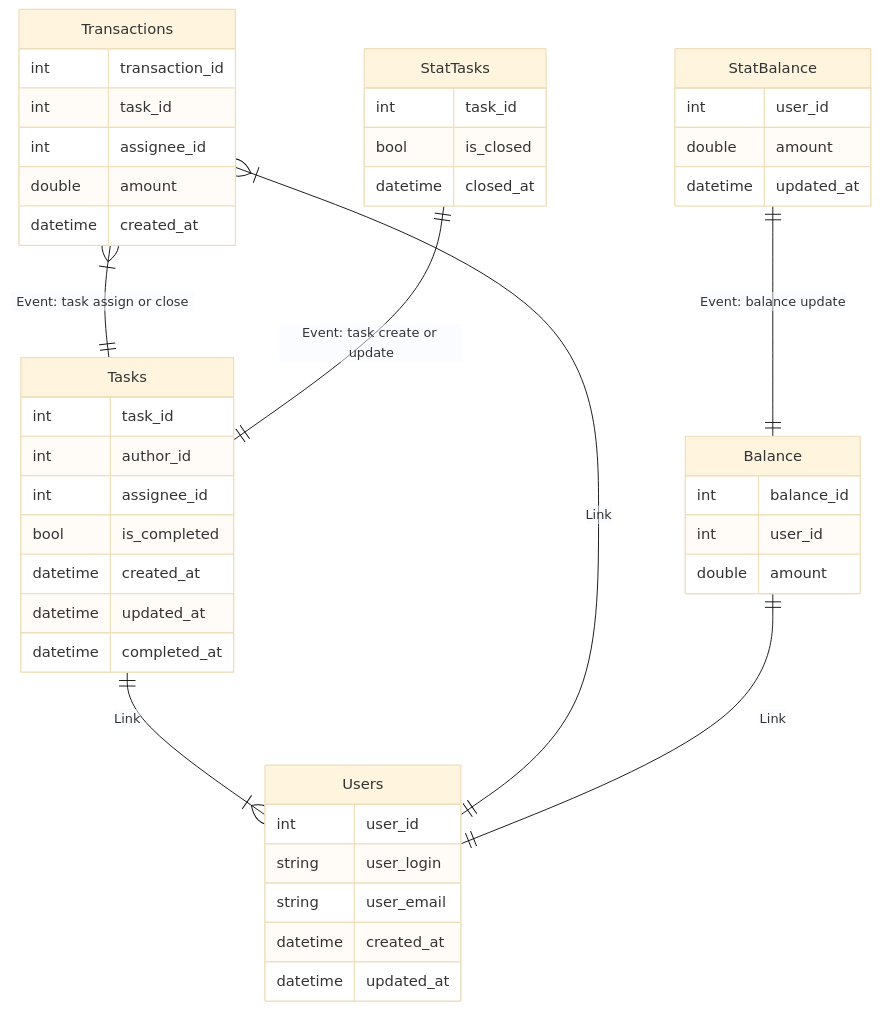
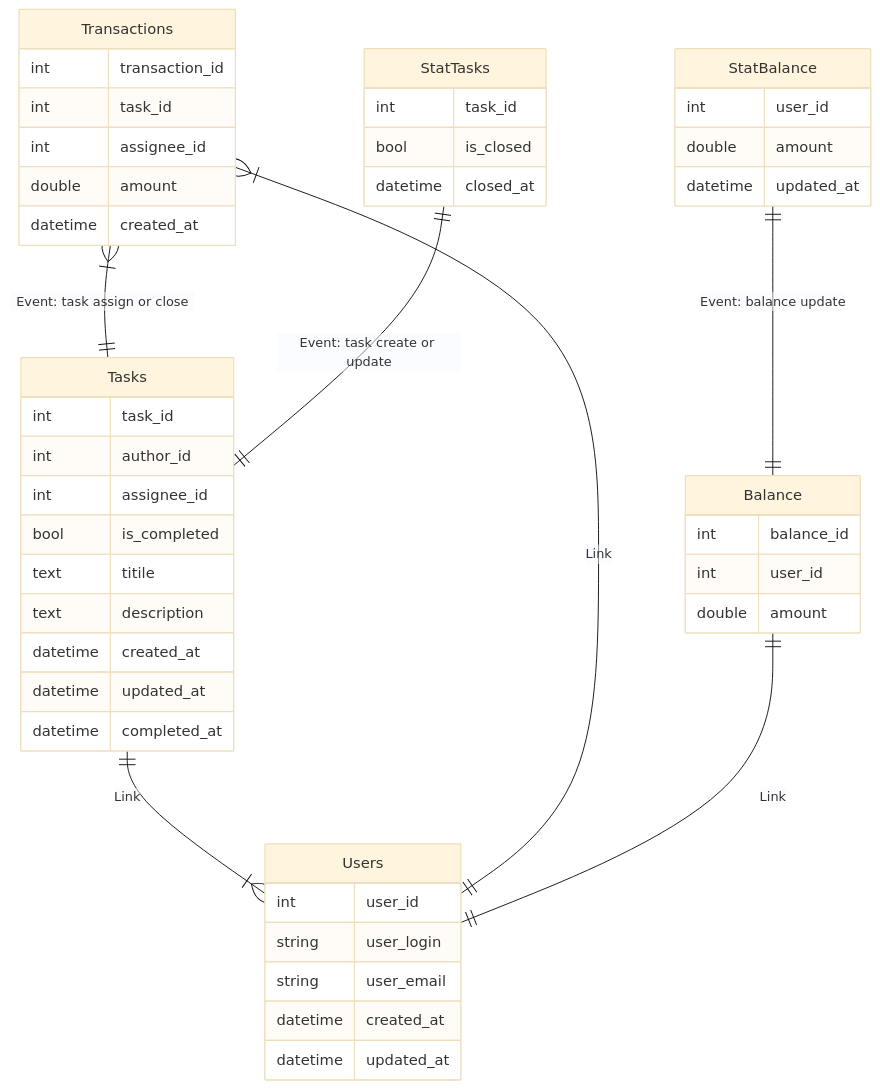
One commit to undying/asynchronous_architecture_course changed the first of 19 diagrams in design/homework_01/Readme.md. Above: the diagram before and after it, drawn with Mermaid (base theme). The commit also changed 15 other files, not shown here.

````diff
--- a/design/homework_01/Readme.md
+++ b/design/homework_01/Readme.md
@@ -24,47 +24,49 @@
 ```mermaid
 erDiagram
 	Users {
 		int user_id
 		string user_login
 		string user_email
 		datetime created_at
 		datetime updated_at
 	}
 	Tasks {
 		int task_id
 		int author_id
 		int assignee_id
 		bool is_completed
+        text titile
+        text description
 		datetime created_at
 		datetime updated_at
 		datetime completed_at
 	}
 	Tasks ||--|{ Users : Link
 	Transactions {
 		int transaction_id
 		int task_id
 		int assignee_id
 		double amount
 		datetime created_at
 	}
 	Transactions }|--|| Tasks : "Event: task assign or close"
 	Transactions }|--|| Users : Link
 	Balance {
 		int balance_id
 		int user_id
 		double amount
 	}
 	Balance ||--|| Users : Link
 	StatTasks {
 		int task_id
 		bool is_closed
 		datetime closed_at
 	}
 	StatTasks ||--|| Tasks : "Event: task create or update"
 	StatBalance {
 		int user_id
 		double amount
 		datetime updated_at
 	}
 	StatBalance ||--|| Balance: "Event: balance update"
 ```
````
